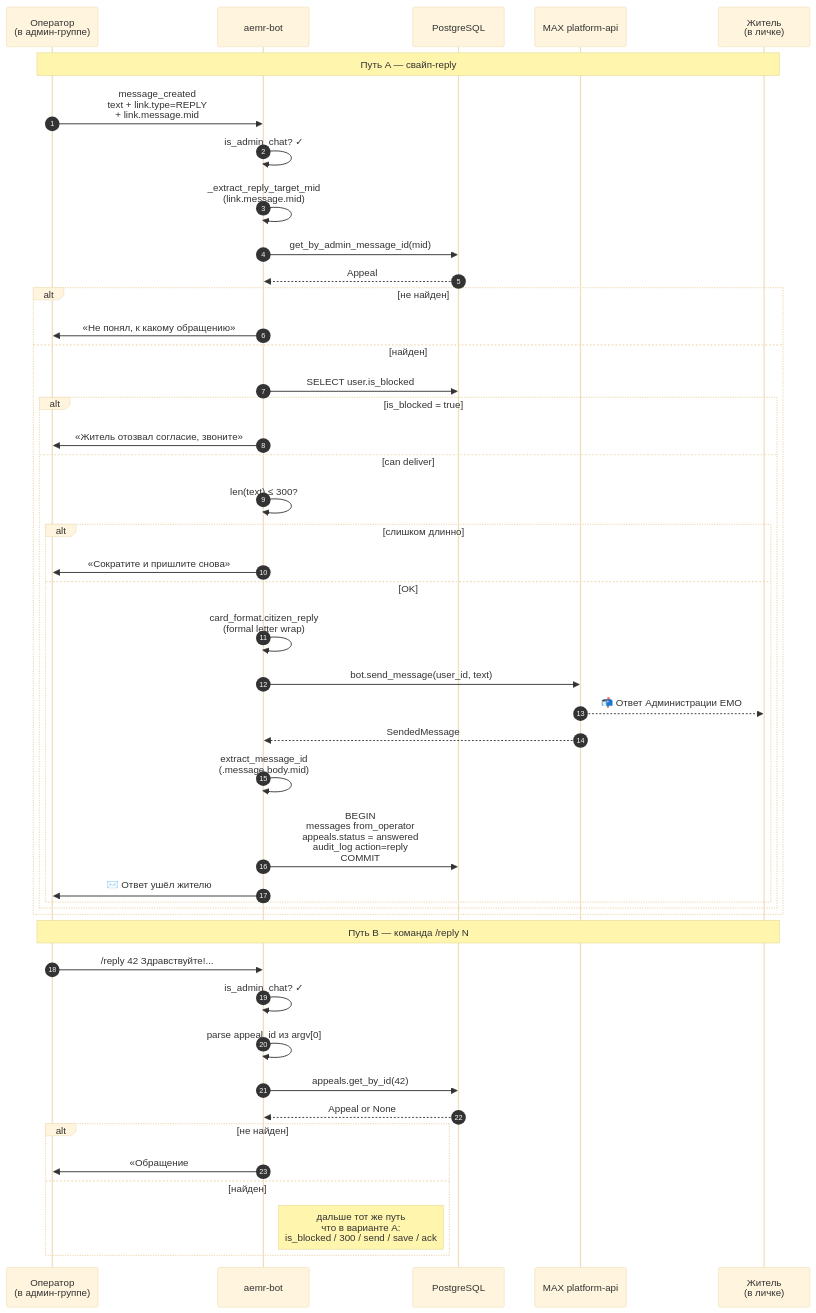
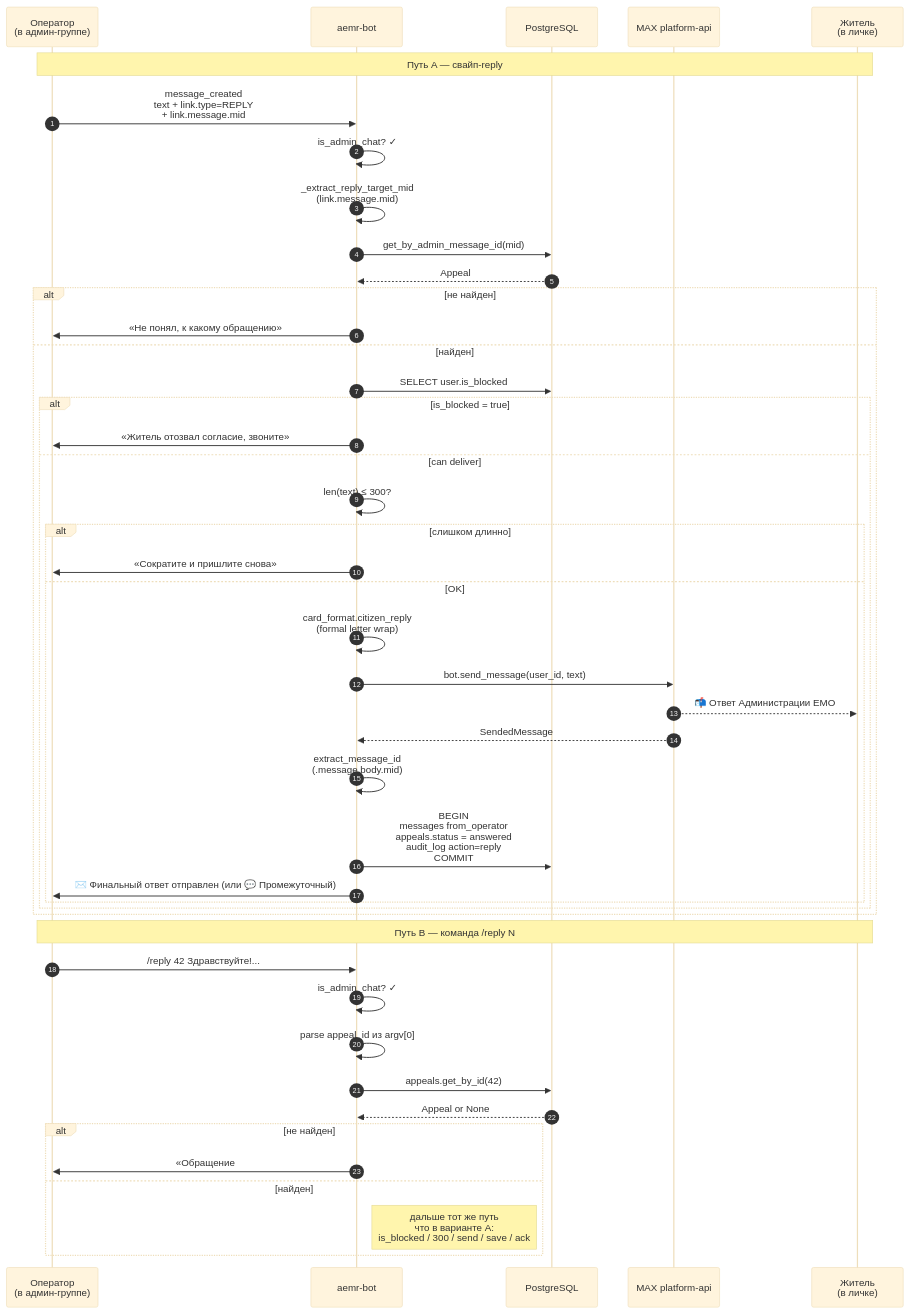
The fourth of 8 diagrams in docs/DEVELOPER.md (gaben1488/aemr-bot), drawn with Mermaid (base theme) before and after one commit. The commit also changed other lines of this file and 11 other files, not shown here.

````diff
--- a/docs/DEVELOPER.md
+++ b/docs/DEVELOPER.md
@@ -827,53 +827,53 @@
 ```mermaid
 sequenceDiagram
     autonumber
     participant Op as Оператор<br/>(в админ-группе)
     participant Bot as aemr-bot
     participant DB as PostgreSQL
     participant MAX as MAX platform-api
     participant Cz as Житель<br/>(в личке)
 
     Note over Op,Cz: Путь A — свайп-reply
 
     Op->>Bot: message_created<br/>text + link.type=REPLY<br/>+ link.message.mid
     Bot->>Bot: is_admin_chat? ✓
     Bot->>Bot: _extract_reply_target_mid<br/>(link.message.mid)
     Bot->>DB: get_by_admin_message_id(mid)
     DB-->>Bot: Appeal #N or None
 
     alt не найден
         Bot->>Op: «Не понял, к какому обращению»
     else найден
         Bot->>DB: SELECT user.is_blocked
         alt is_blocked = true
             Bot->>Op: «Житель отозвал согласие, звоните»
         else can deliver
             Bot->>Bot: len(text) ≤ 300?
             alt слишком длинно
                 Bot->>Op: «Сократите и пришлите снова»
             else OK
                 Bot->>Bot: card_format.citizen_reply<br/>(formal letter wrap)
                 Bot->>MAX: bot.send_message(user_id, text)
                 MAX-->>Cz: 📬 Ответ Администрации ЕМО
                 MAX-->>Bot: SendedMessage
                 Bot->>Bot: extract_message_id<br/>(.message.body.mid)
                 Bot->>DB: BEGIN<br/>messages from_operator<br/>appeals.status = answered<br/>audit_log action=reply<br/>COMMIT
-                Bot->>Op: ✉️ Ответ ушёл жителю
+                Bot->>Op: ✉️ Финальный ответ отправлен (или 💬 Промежуточный)
             end
         end
     end
 
     Note over Op,Cz: Путь B — команда /reply N
 
     Op->>Bot: /reply 42 Здравствуйте!...
     Bot->>Bot: is_admin_chat? ✓
     Bot->>Bot: parse appeal_id из argv[0]
     Bot->>DB: appeals.get_by_id(42)
     DB-->>Bot: Appeal or None
 
     alt не найден
         Bot->>Op: «Обращение #42 не найдено»
     else найден
         Note right of Bot: дальше тот же путь<br/>что в варианте A:<br/>is_blocked / 300 / send / save / ack
     end
 ```
````
